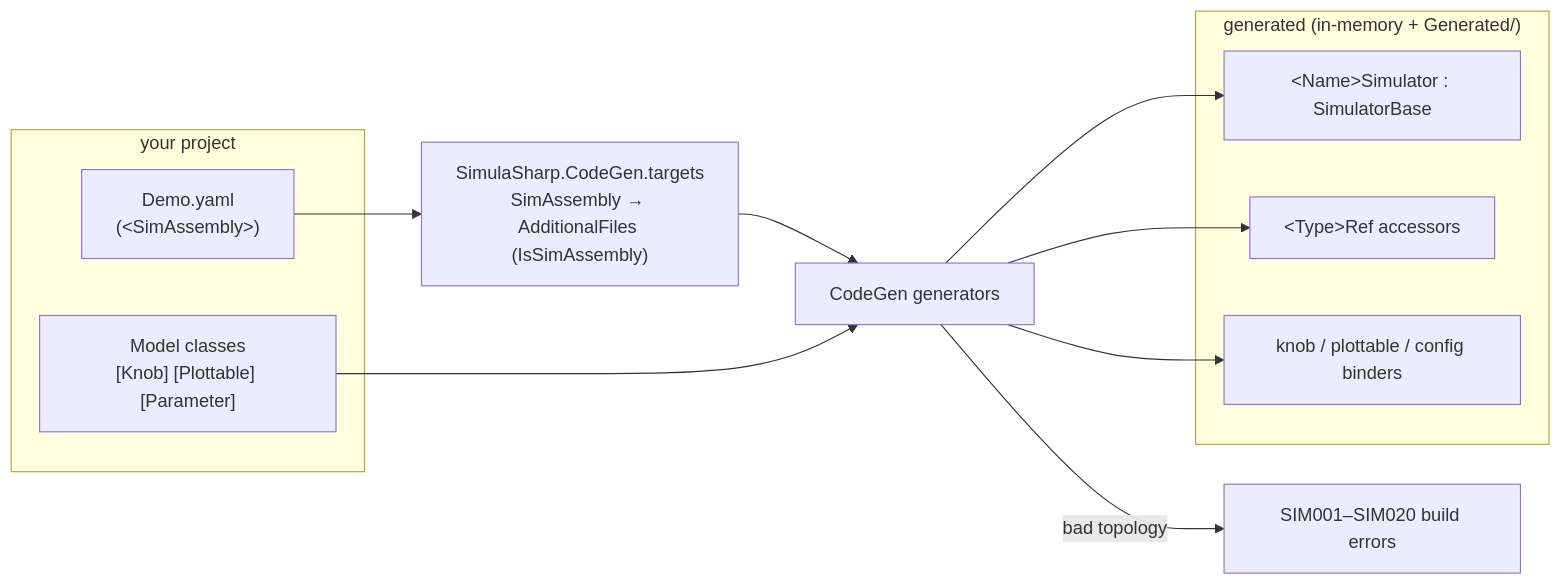
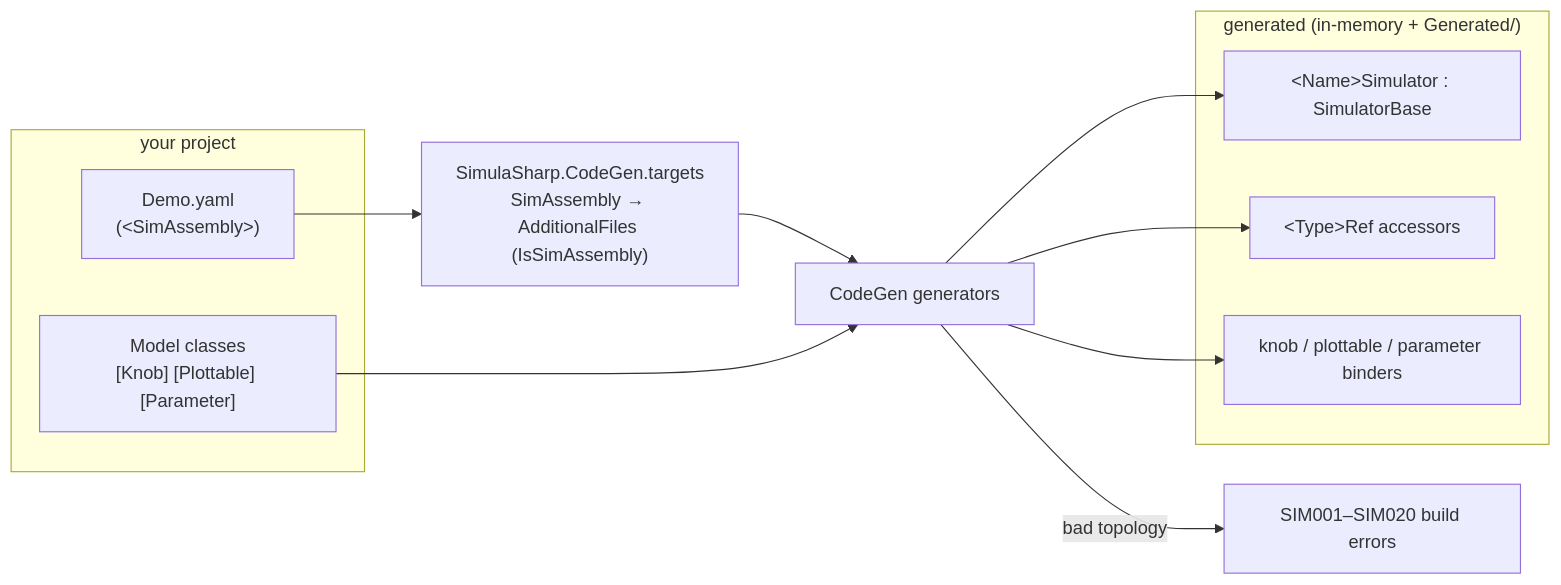
One commit to SimulaSharp-org/simulasharp-docs changed the diagram in public/content/project-setup.md. Above: the diagram before and after it, drawn with Mermaid. The commit also changed other lines of this file and 1 other file, not shown here.

````diff
--- a/public/content/project-setup.md
+++ b/public/content/project-setup.md
@@ -124,20 +121,20 @@
 ```mermaid
 flowchart LR
   subgraph inputs["your project"]
     M["Model classes<br/>[Knob] [Plottable] [Parameter]"]
     Y["Demo.yaml<br/>(&lt;SimAssembly&gt;)"]
   end
   T["SimulaSharp.CodeGen.targets<br/>SimAssembly → AdditionalFiles (IsSimAssembly)"]
   G["CodeGen generators"]
   subgraph out["generated (in-memory + Generated/)"]
     SIM["&lt;Name&gt;Simulator : SimulatorBase"]
     REF["&lt;Type&gt;Ref accessors"]
-    BIND["knob / plottable / config binders"]
+    BIND["knob / plottable / parameter binders"]
   end
   Y --> T --> G
   M --> G
   G --> SIM
   G --> REF
   G --> BIND
   G -->|"bad topology"| ERR["SIM001–SIM020 build errors"]
 ```
````
